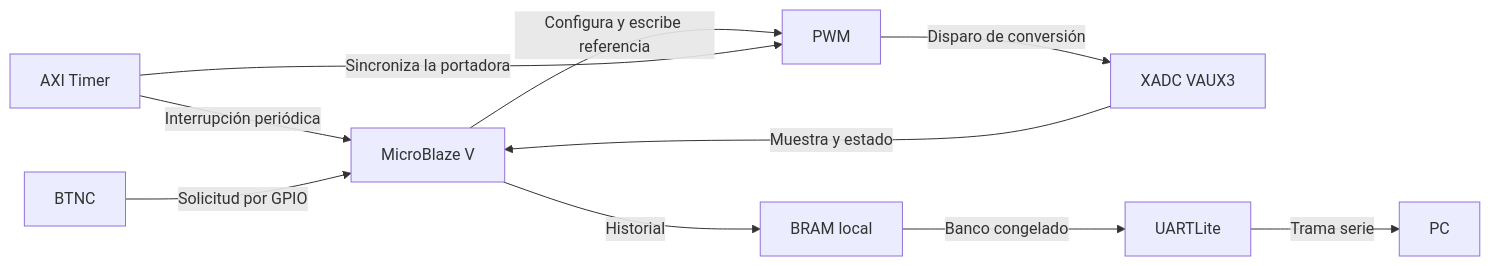
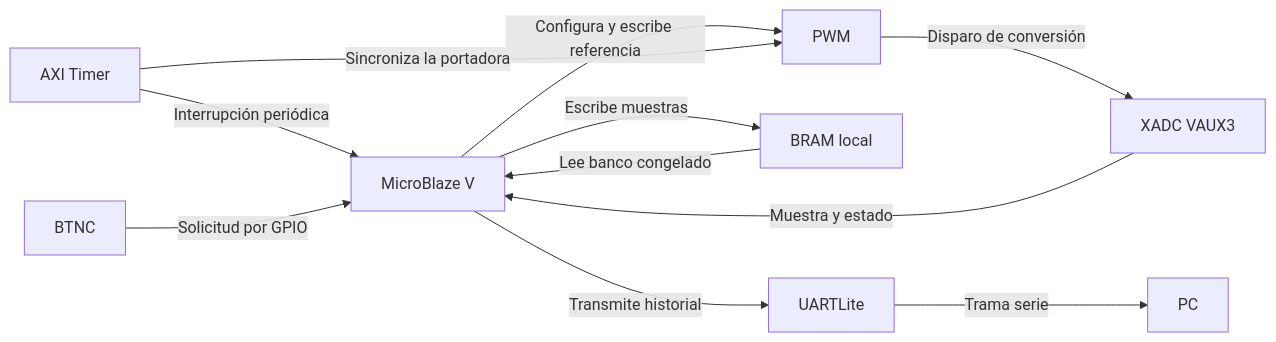
Before and after one commit to IE-TDD-EL3313/Proyecto_4: the first of 4 diagrams in docs/informe/informe.md, drawn with Mermaid. The commit also changed other lines of this file and 50 other files, not shown here.

````diff
--- a/docs/informe/informe.md
+++ b/docs/informe/informe.md
@@ -32,12 +46,13 @@
 ```mermaid
 flowchart LR
     CPU["MicroBlaze V"] -->|"Configura y escribe referencia"| PWM["PWM"]
     TIMER["AXI Timer"] -->|"Interrupción periódica"| CPU
     TIMER -->|"Sincroniza la portadora"| PWM
     PWM -->|"Disparo de conversión"| ADC["XADC VAUX3"]
     ADC -->|"Muestra y estado"| CPU
-    CPU -->|"Historial"| BRAM["BRAM local"]
-    BRAM -->|"Banco congelado"| UART["UARTLite"]
+    CPU -->|"Escribe muestras"| BRAM["BRAM local"]
+    BRAM -->|"Lee banco congelado"| CPU
+    CPU -->|"Transmite historial"| UART["UARTLite"]
     BTNC["BTNC"] -->|"Solicitud por GPIO"| CPU
     UART -->|"Trama serie"| PC["PC"]
 ```
````
